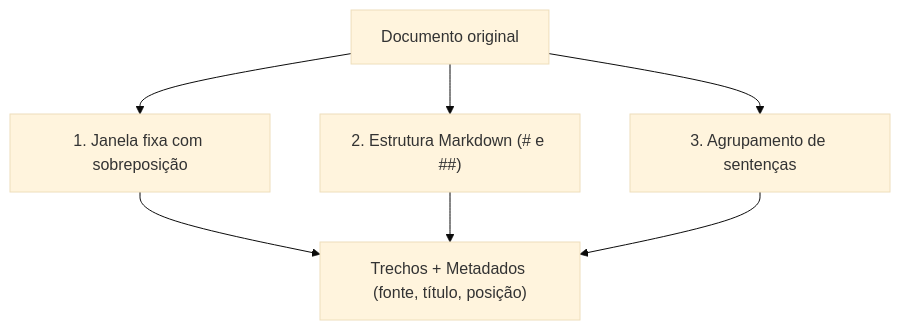
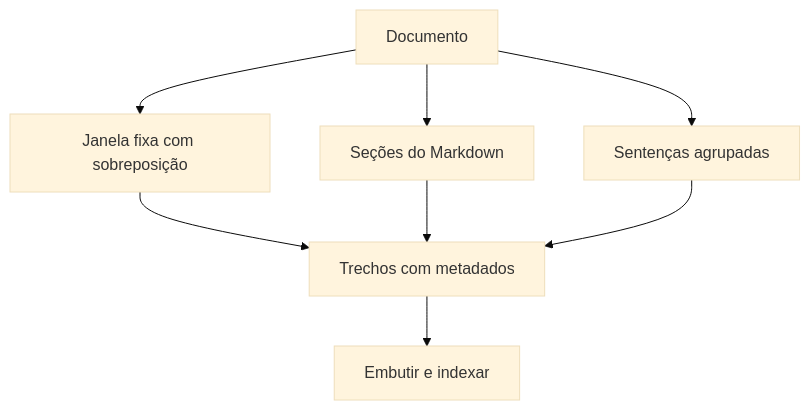
The diagram in content/cursos/n7-engenharia-de-ia/03-embeddings-e-busca-vetorial/04-chunking-de-documentos.lvl.md (Lip3Bazinga/v0-level-usp-project), drawn with Mermaid (base theme) before and after one commit. The commit also changed other lines of this file and 9 other files, not shown here.

````diff
--- a/content/cursos/n7-engenharia-de-ia/03-embeddings-e-busca-vetorial/04-chunking-de-documentos.lvl.md
+++ b/content/cursos/n7-engenharia-de-ia/03-embeddings-e-busca-vetorial/04-chunking-de-documentos.lvl.md
@@ -29,9 +31,10 @@
 ```mermaid
 flowchart TD
-    A["Documento original"] --> B["1. Janela fixa com sobreposição"]
-    A --> C["2. Estrutura Markdown (# e ##)"]
-    A --> D["3. Agrupamento de sentenças"]
-    B --> E["Trechos + Metadados (fonte, título, posição)"]
+    A["Documento"] --> B["Janela fixa com sobreposição"]
+    A --> C["Seções do Markdown"]
+    A --> D["Sentenças agrupadas"]
+    B --> E["Trechos com metadados"]
     C --> E
     D --> E
+    E --> F["Embutir e indexar"]
 ```
````
